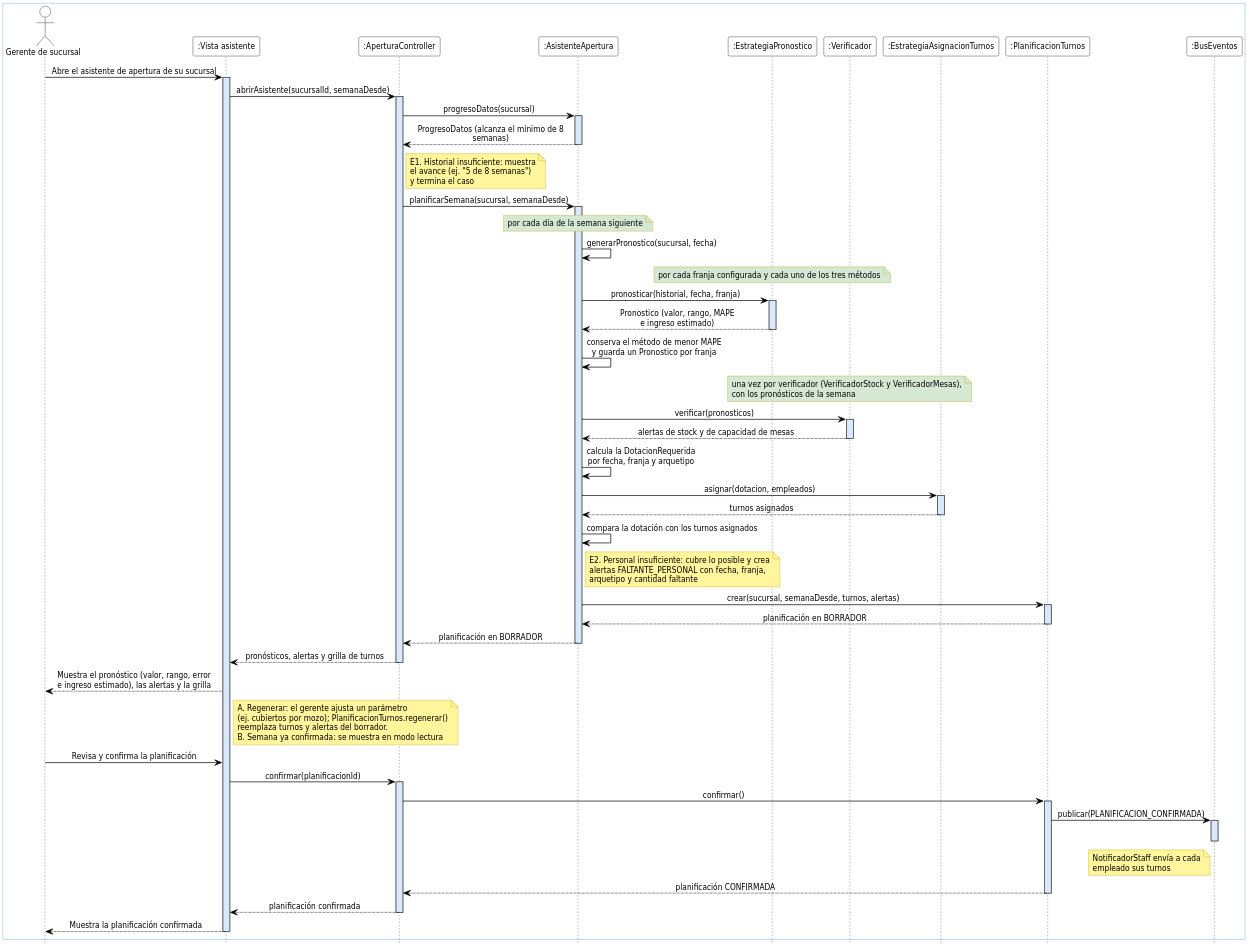
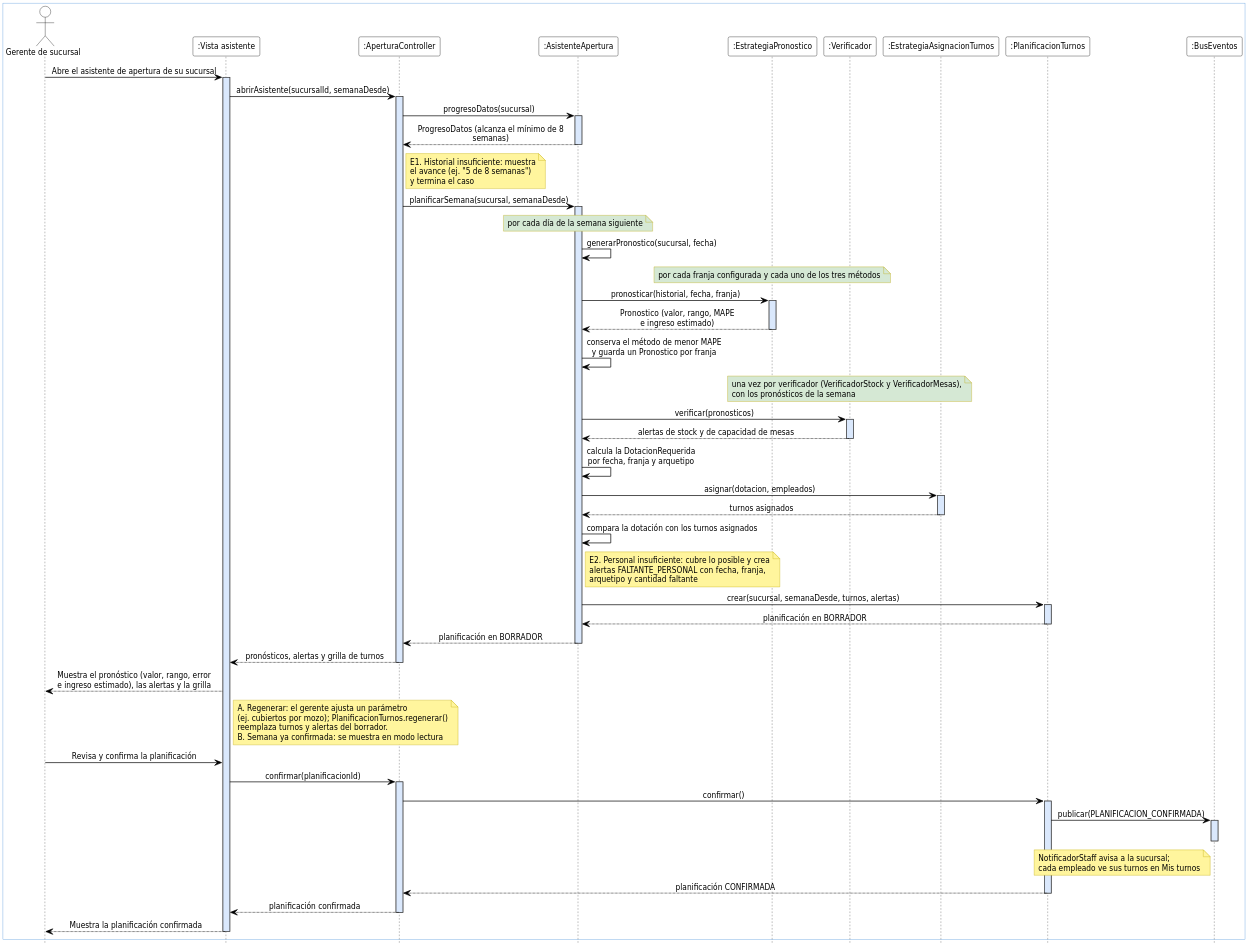
One commit to GabrielLigresti/TFG-PGIM changed the diagram in docs/modelos/secuencia/CU-09-consultar-asistente-de-apertura/v1/cu-09-secuencia-v1.puml. Above: the diagram before and after it, drawn with PlantUML. The commit also changed 2 other files, not shown here.

Commit message:
Ajustar la nota de CU-09: el aviso de turnos va a la sucursal

```diff
--- a/docs/modelos/secuencia/CU-09-consultar-asistente-de-apertura/v1/cu-09-secuencia-v1.puml
+++ b/docs/modelos/secuencia/CU-09-consultar-asistente-de-apertura/v1/cu-09-secuencia-v1.puml
@@ -1,103 +1,103 @@
 @startuml cu-09-secuencia-v1
 ' Formato Vialia: participantes ":Clase", barras de activación celestes,
 ' sin numeración ni fragmentos; los flujos alternativos y las excepciones van como notas.
 skinparam dpi 200
 skinparam defaultFontName DejaVu Sans Condensed
 skinparam defaultFontSize 12
 skinparam shadowing false
 skinparam maxMessageSize 260
 skinparam sequenceMessageAlign center
 skinparam responseMessageBelowArrow false
 skinparam ArrowColor #000000
 skinparam ArrowThickness 1
 skinparam ActorBorderColor #000000
 skinparam ActorBackgroundColor #FFFFFF
 skinparam ActorFontColor #000000
 skinparam ParticipantBorderColor #000000
 skinparam ParticipantBackgroundColor #FFFFFF
 skinparam ParticipantFontColor #000000
 skinparam NoteBorderColor #BFA800
 skinparam NoteBackgroundColor #FFF59D
 skinparam NoteFontColor #000000
 skinparam BoxPadding 12
 skinparam sequence {
   LifeLineBorderColor #444444
   LifeLineBackgroundColor #DAE8FC
   BoxBorderColor #4A90D9
   BoxBackgroundColor #FFFFFF
 }
 hide footbox
 
 box
   actor "Gerente de sucursal" as G
   participant ":Vista asistente" as V
   participant ":AperturaController" as AC
   participant ":AsistenteApertura" as AA
   participant ":EstrategiaPronostico" as EP
   participant ":Verificador" as VE
   participant ":EstrategiaAsignacionTurnos" as EAT
   participant ":PlanificacionTurnos" as PT
   participant ":BusEventos" as BUS
 end box
 
 G -> V : Abre el asistente de apertura de su sucursal
 activate V
 V -> AC : abrirAsistente(sucursalId, semanaDesde)
 activate AC
 AC -> AA : progresoDatos(sucursal)
 activate AA
 AA --> AC : ProgresoDatos (alcanza el mínimo de 8 semanas)
 deactivate AA
 note right of AC : E1. Historial insuficiente: muestra\nel avance (ej. "5 de 8 semanas")\ny termina el caso
 
 AC -> AA : planificarSemana(sucursal, semanaDesde)
 activate AA
 note over AA #D5E8D4 : por cada día de la semana siguiente
 AA -> AA : generarPronostico(sucursal, fecha)
 note over EP #D5E8D4 : por cada franja configurada y cada uno de los tres métodos
 AA -> EP : pronosticar(historial, fecha, franja)
 activate EP
 EP --> AA : Pronostico (valor, rango, MAPE\ne ingreso estimado)
 deactivate EP
 AA -> AA : conserva el método de menor MAPE\ny guarda un Pronostico por franja
 
 note over VE #D5E8D4 : una vez por verificador (VerificadorStock y VerificadorMesas),\ncon los pronósticos de la semana
 AA -> VE : verificar(pronosticos)
 activate VE
 VE --> AA : alertas de stock y de capacidad de mesas
 deactivate VE
 
 AA -> AA : calcula la DotacionRequerida\npor fecha, franja y arquetipo
 AA -> EAT : asignar(dotacion, empleados)
 activate EAT
 EAT --> AA : turnos asignados
 deactivate EAT
 AA -> AA : compara la dotación con los turnos asignados
 note right of AA : E2. Personal insuficiente: cubre lo posible y crea\nalertas FALTANTE_PERSONAL con fecha, franja,\narquetipo y cantidad faltante
 AA -> PT : crear(sucursal, semanaDesde, turnos, alertas)
 activate PT
 PT --> AA : planificación en BORRADOR
 deactivate PT
 AA --> AC : planificación en BORRADOR
 deactivate AA
 AC --> V : pronósticos, alertas y grilla de turnos
 deactivate AC
 V --> G : Muestra el pronóstico (valor, rango, error\ne ingreso estimado), las alertas y la grilla
 note right of V : A. Regenerar: el gerente ajusta un parámetro\n(ej. cubiertos por mozo); PlanificacionTurnos.regenerar()\nreemplaza turnos y alertas del borrador.\nB. Semana ya confirmada: se muestra en modo lectura
 
 G -> V : Revisa y confirma la planificación
 V -> AC : confirmar(planificacionId)
 activate AC
 AC -> PT : confirmar()
 activate PT
 PT -> BUS : publicar(PLANIFICACION_CONFIRMADA)
 activate BUS
 deactivate BUS
-note left of BUS : NotificadorStaff envía a cada\nempleado sus turnos
+note left of BUS : NotificadorStaff avisa a la sucursal;\ncada empleado ve sus turnos en Mis turnos
 PT --> AC : planificación CONFIRMADA
 deactivate PT
 AC --> V : planificación confirmada
 deactivate AC
 V --> G : Muestra la planificación confirmada
 deactivate V
 @enduml
```
